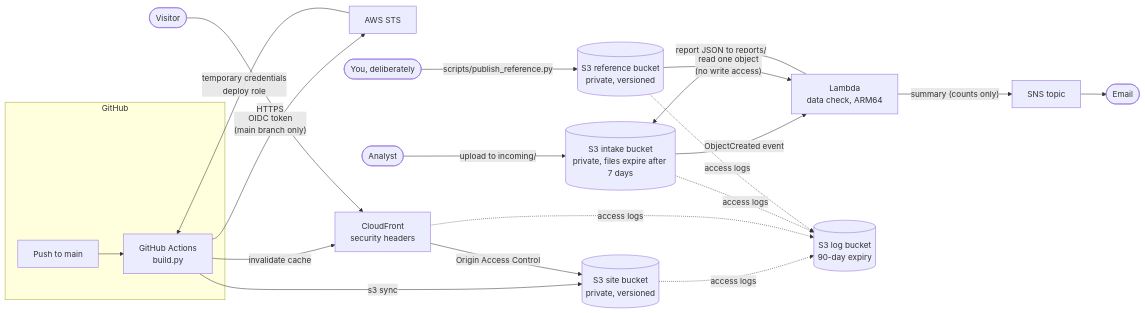
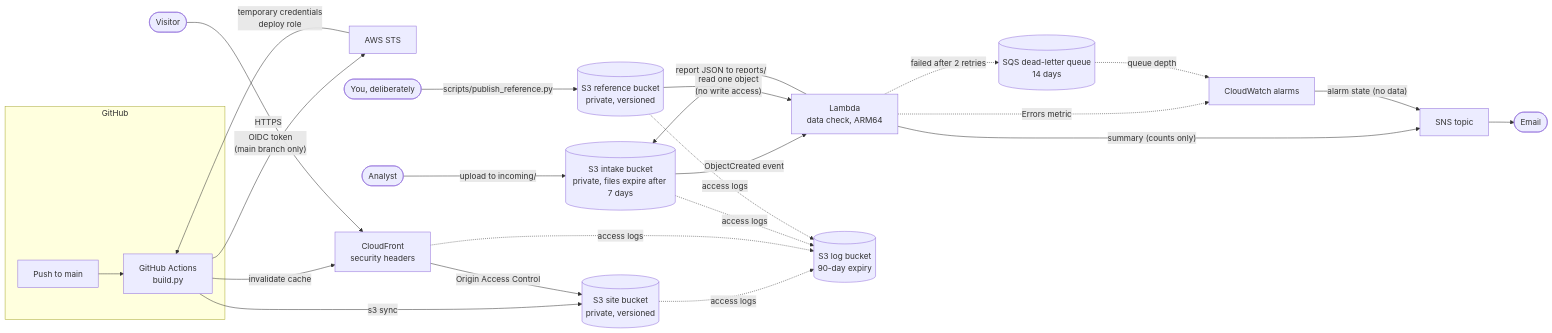
One commit to Dito-84/hip-knee-replacement-outcomes-dashboard changed the diagram in infra/README.md. Above: the diagram before and after it, drawn with Mermaid. The commit also changed other lines of this file and 4 other files, not shown here.

````diff
--- a/infra/README.md
+++ b/infra/README.md
@@ -12,24 +12,28 @@
 ```mermaid
 flowchart LR
     subgraph GitHub
         push[Push to main] --> gha[GitHub Actions<br/>build.py]
     end
     gha -- "OIDC token<br/>(main branch only)" --> sts[AWS STS]
     sts -- "temporary credentials<br/>deploy role" --> gha
     gha -- "s3 sync" --> site[(S3 site bucket<br/>private, versioned)]
     gha -- "invalidate cache" --> cf
     viewer([Visitor]) -- HTTPS --> cf[CloudFront<br/>security headers]
     cf -- "Origin Access Control" --> site
 
     analyst([Analyst]) -- "upload to incoming/" --> intake[(S3 intake bucket<br/>private, files expire after 7 days)]
     intake -- "ObjectCreated event" --> fn[Lambda<br/>data check, ARM64]
     fn -- "report JSON to reports/" --> intake
     fn -- "summary (counts only)" --> sns[SNS topic] --> email([Email])
     ref[(S3 reference bucket<br/>private, versioned)] -- "read one object<br/>(no write access)" --> fn
+    fn -. "failed after 2 retries" .-> dlq[(SQS dead-letter queue<br/>14 days)]
+    fn -. "Errors metric" .-> alarm[CloudWatch alarms]
+    dlq -. "queue depth" .-> alarm
+    alarm -- "alarm state (no data)" --> sns
     you([You, deliberately]) -- "scripts/publish_reference.py" --> ref
 
     site -. access logs .-> logs[(S3 log bucket<br/>90-day expiry)]
     cf -. access logs .-> logs
     intake -. access logs .-> logs
     ref -. access logs .-> logs
 ```
````
